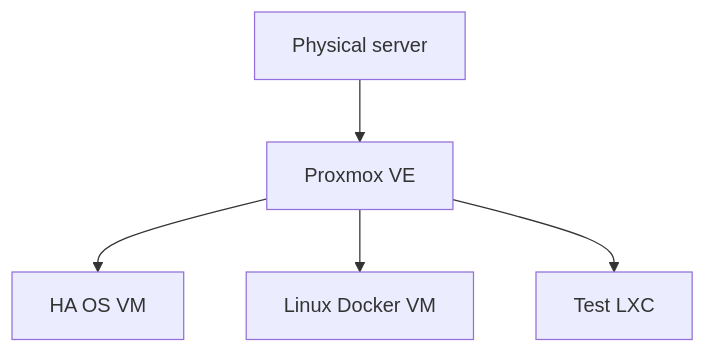
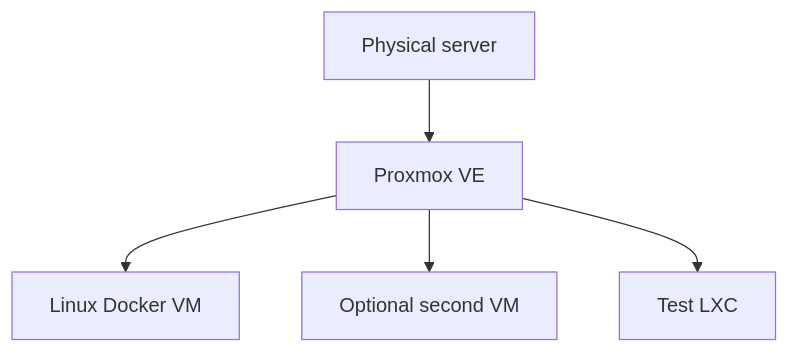
The first of 2 diagrams in pack/classes/01_PROXMOX_VIRTUALIZATION.md (Otaconskeep/Classroom), drawn with Mermaid before and after one commit. The commit also changed other lines of this file, not shown here.

````diff
--- a/pack/classes/01_PROXMOX_VIRTUALIZATION.md
+++ b/pack/classes/01_PROXMOX_VIRTUALIZATION.md
@@ -30,7 +122,7 @@
 ```mermaid
 flowchart TD
     H["Physical server"] --> P["Proxmox VE"]
-    P --> V1["HA OS VM"]
-    P --> V2["Linux Docker VM"]
+    P --> V1["Linux Docker VM"]
+    P --> V2["Optional second VM"]
     P --> C1["Test LXC"]
 ```
````
